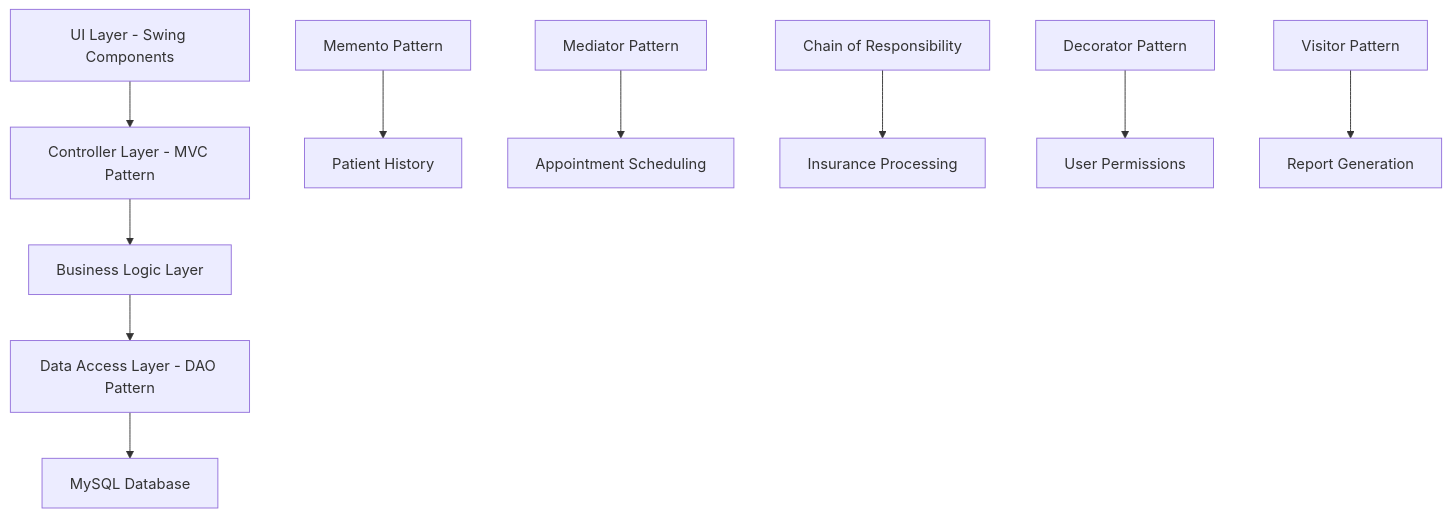
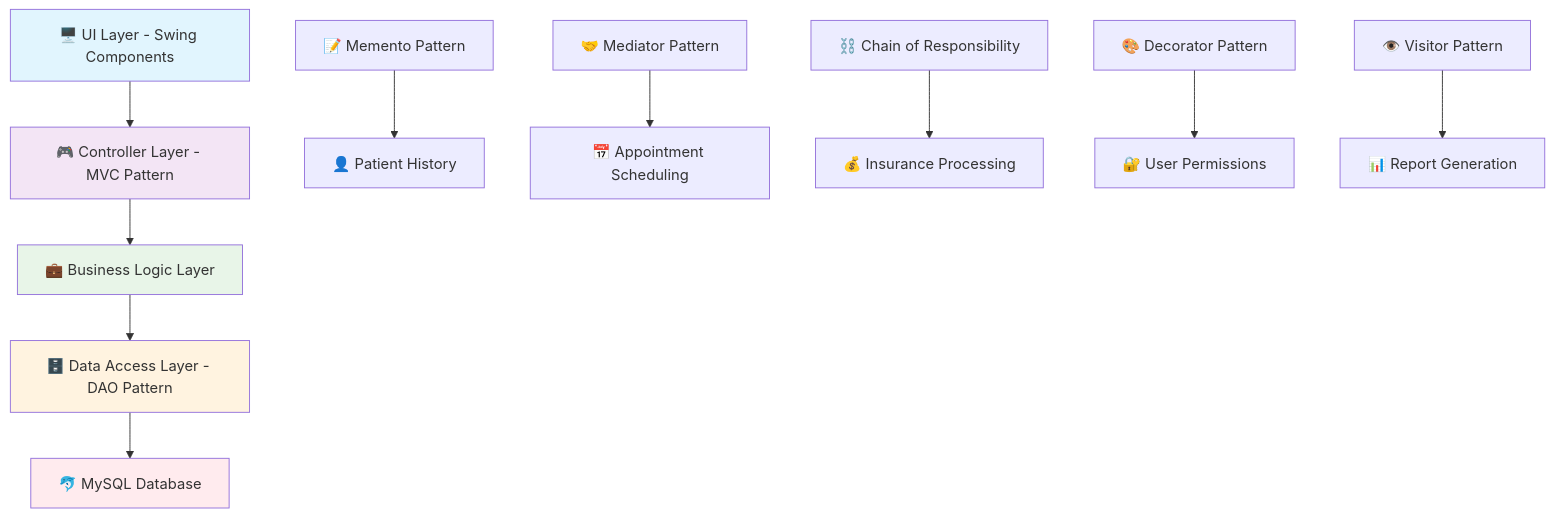
One commit to isharax9/healthcare-system changed the diagram in README.md. Above: the diagram before and after it, drawn with Mermaid. The commit also changed other lines of this file and 1 other file, not shown here.

````diff
--- a/README.md
+++ b/README.md
@@ -71,13 +243,19 @@
 ```mermaid
 graph TB
-    A[UI Layer - Swing Components] --> B[Controller Layer - MVC Pattern]
-    B --> C[Business Logic Layer]
-    C --> D[Data Access Layer - DAO Pattern]
-    D --> E[MySQL Database]
+    A[🖥️ UI Layer - Swing Components] --> B[🎮 Controller Layer - MVC Pattern]
+    B --> C[💼 Business Logic Layer]
+    C --> D[🗄️ Data Access Layer - DAO Pattern]
+    D --> E[🐬 MySQL Database]
     
-    F[Memento Pattern] --> G[Patient History]
-    H[Mediator Pattern] --> I[Appointment Scheduling]
-    J[Chain of Responsibility] --> K[Insurance Processing]
-    L[Decorator Pattern] --> M[User Permissions]
-    N[Visitor Pattern] --> O[Report Generation]
+    F[📝 Memento Pattern] --> G[👤 Patient History]
+    H[🤝 Mediator Pattern] --> I[📅 Appointment Scheduling]
+    J[⛓️ Chain of Responsibility] --> K[💰 Insurance Processing]
+    L[🎨 Decorator Pattern] --> M[🔐 User Permissions]
+    N[👁️ Visitor Pattern] --> O[📊 Report Generation]
+    
+    style A fill:#e1f5fe
+    style B fill:#f3e5f5
+    style C fill:#e8f5e8
+    style D fill:#fff3e0
+    style E fill:#ffebee
 ```
````
